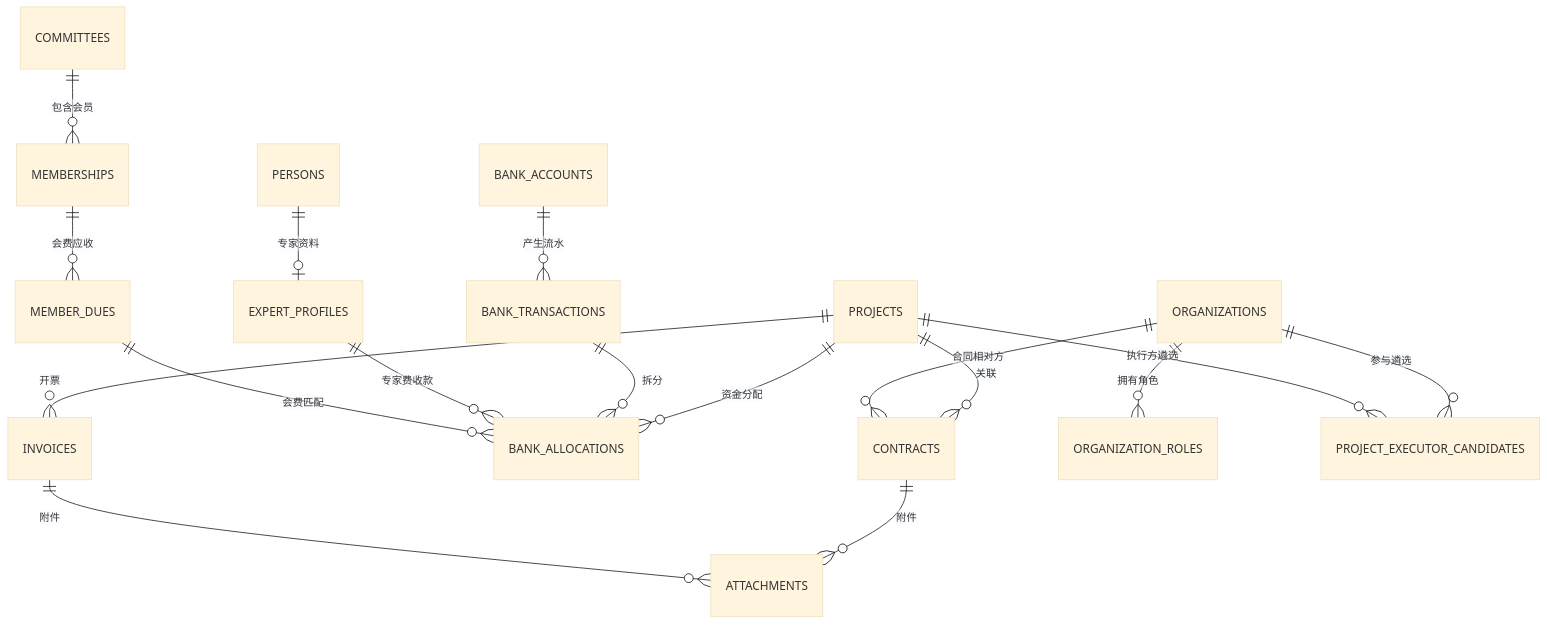
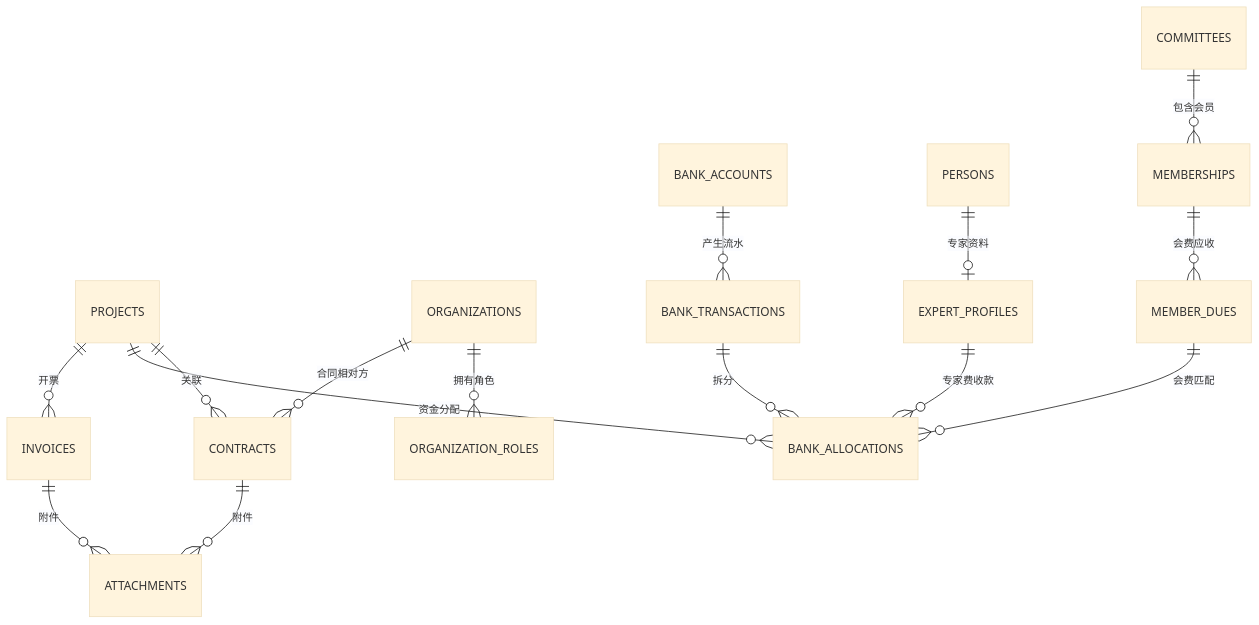
One commit to persistisok/Accounting-Management-System changed the diagram in docs/业务数据管理系统设计方案.md. Above: the diagram before and after it, drawn with Mermaid (base theme). The commit also changed other lines of this file and 96 other files, not shown here.

````diff
--- a/docs/业务数据管理系统设计方案.md
+++ b/docs/业务数据管理系统设计方案.md
@@ -201,19 +199,17 @@
 ```mermaid
 erDiagram
     PROJECTS ||--o{ CONTRACTS : "关联"
     PROJECTS ||--o{ BANK_ALLOCATIONS : "资金分配"
     PROJECTS ||--o{ INVOICES : "开票"
     ORGANIZATIONS ||--o{ ORGANIZATION_ROLES : "拥有角色"
     ORGANIZATIONS ||--o{ CONTRACTS : "合同相对方"
-    ORGANIZATIONS ||--o{ PROJECT_EXECUTOR_CANDIDATES : "参与遴选"
-    PROJECTS ||--o{ PROJECT_EXECUTOR_CANDIDATES : "执行方遴选"
     BANK_ACCOUNTS ||--o{ BANK_TRANSACTIONS : "产生流水"
     BANK_TRANSACTIONS ||--o{ BANK_ALLOCATIONS : "拆分"
     PERSONS ||--o| EXPERT_PROFILES : "专家资料"
     EXPERT_PROFILES ||--o{ BANK_ALLOCATIONS : "专家费收款"
     COMMITTEES ||--o{ MEMBERSHIPS : "包含会员"
     MEMBERSHIPS ||--o{ MEMBER_DUES : "会费应收"
     MEMBER_DUES ||--o{ BANK_ALLOCATIONS : "会费匹配"
     CONTRACTS ||--o{ ATTACHMENTS : "附件"
     INVOICES ||--o{ ATTACHMENTS : "附件"
 ```
````
